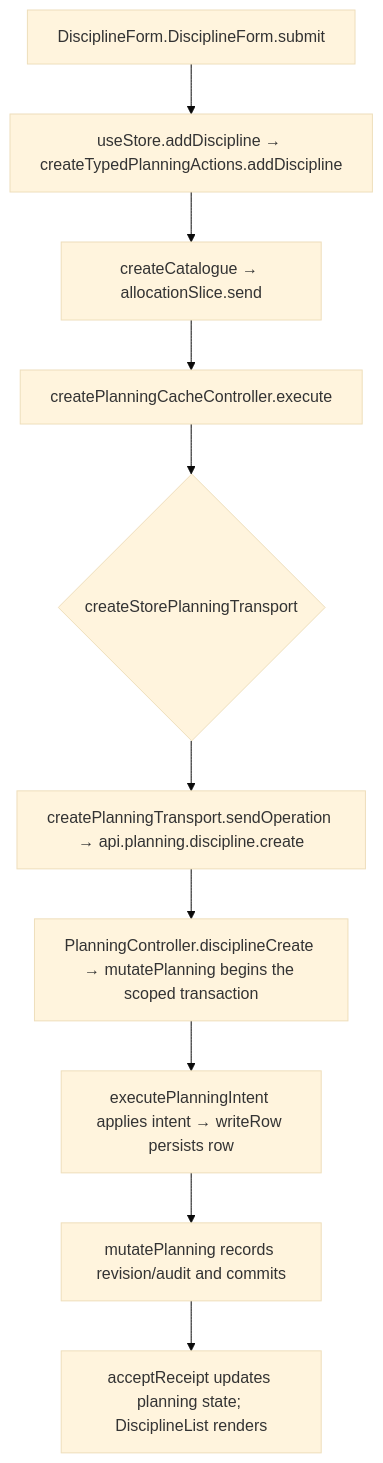
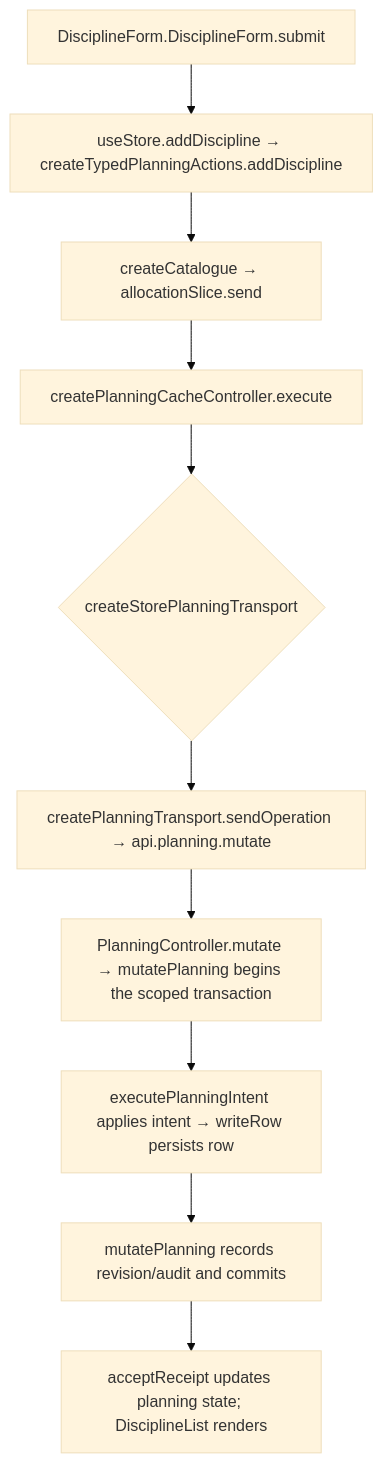
One commit to Kevinjohn/capacitylens changed the second of 2 diagrams in user-stories/disciplines/US-DIS-01-add-discipline.md. Above: the diagram before and after it, drawn with Mermaid (base theme). The commit also changed 115 other files, not shown here.

````diff
--- a/user-stories/disciplines/US-DIS-01-add-discipline.md
+++ b/user-stories/disciplines/US-DIS-01-add-discipline.md
@@ -34,8 +34,8 @@
 ```mermaid
 flowchart TD
   A["DisciplineForm.DisciplineForm.submit"] --> B["useStore.addDiscipline → createTypedPlanningActions.addDiscipline"]
   B --> C["createCatalogue → allocationSlice.send"]
   C --> D["createPlanningCacheController.execute"] --> E{"createStorePlanningTransport"}
-  E --> F["createPlanningTransport.sendOperation → api.planning.discipline.create"] --> G["PlanningController.disciplineCreate → mutatePlanning begins the scoped transaction"]
+  E --> F["createPlanningTransport.sendOperation → api.planning.mutate"] --> G["PlanningController.mutate → mutatePlanning begins the scoped transaction"]
   G --> H["executePlanningIntent applies intent → writeRow persists row"] --> K["mutatePlanning records revision/audit and commits"] --> J["acceptReceipt updates planning state; DisciplineList renders"]
 ```
````
